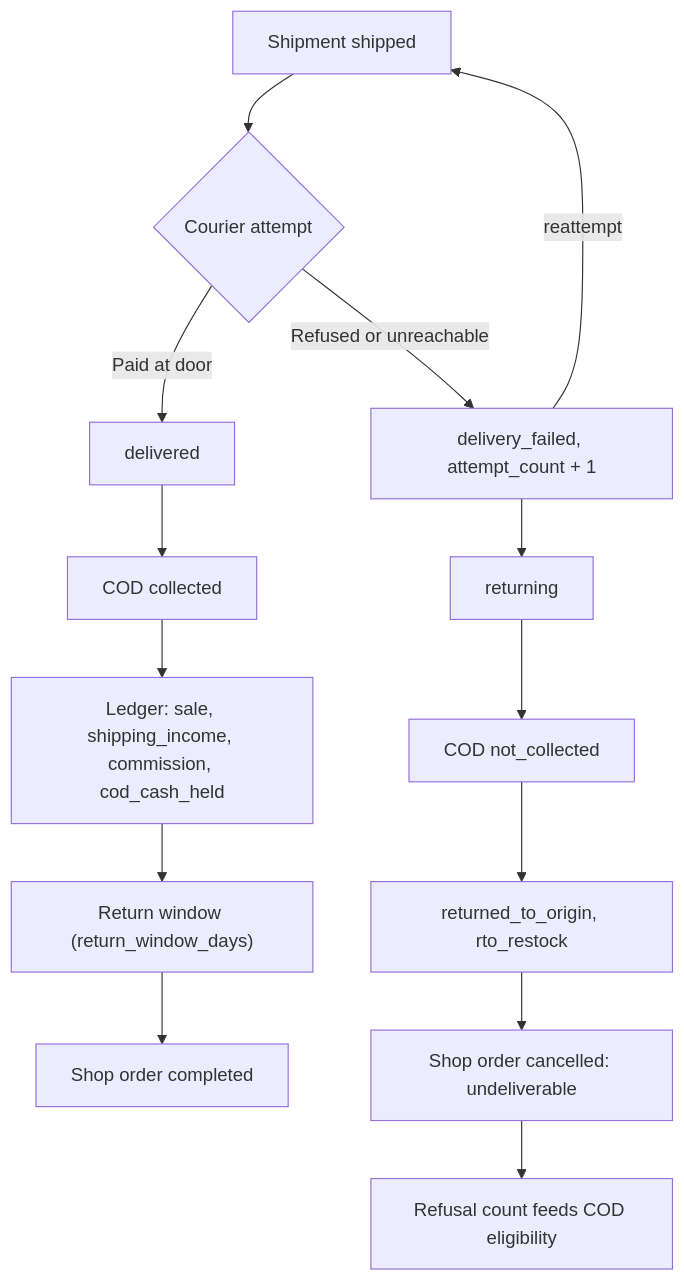
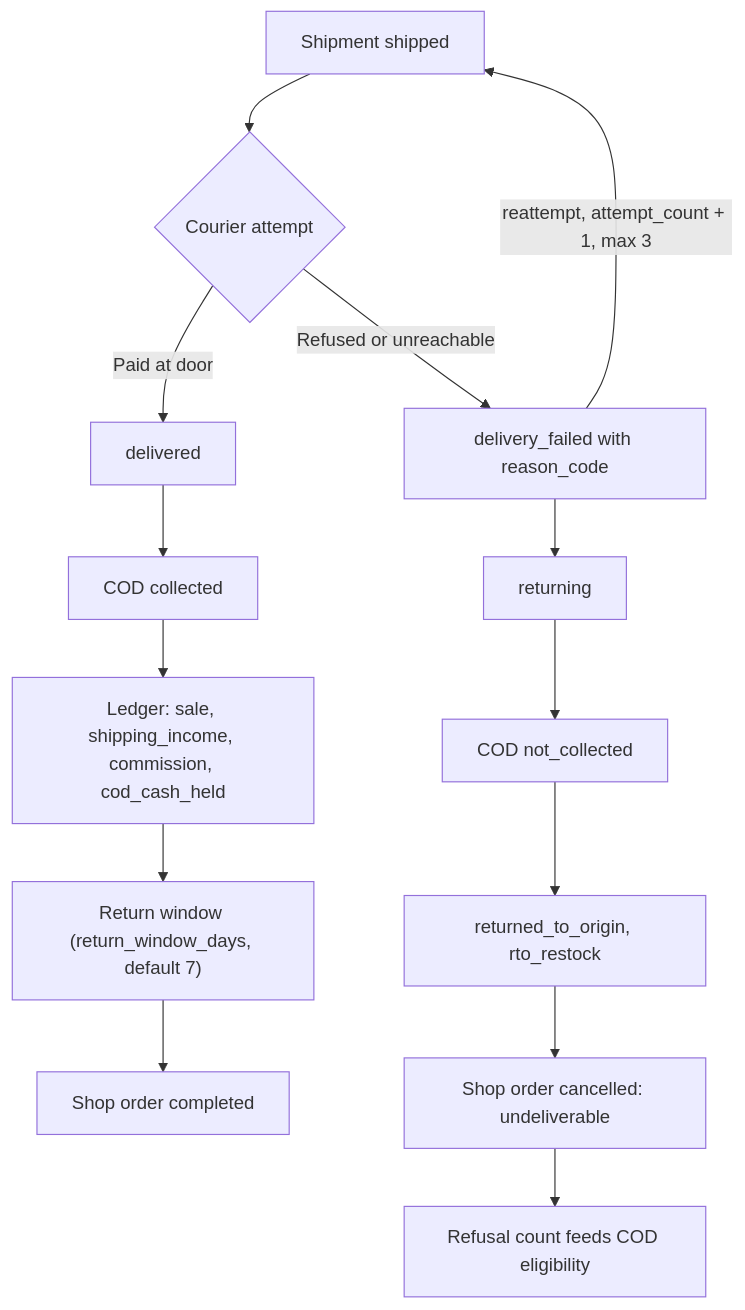
One commit to harublank0-0/drip-nepal changed the sixth of 6 diagrams in docs/02-user-journeys-and-acceptance-criteria.md. Above: the diagram before and after it, drawn with Mermaid. The commit also changed other lines of this file, not shown here.

````diff
--- a/docs/02-user-journeys-and-acceptance-criteria.md
+++ b/docs/02-user-journeys-and-acceptance-criteria.md
@@ -880,16 +909,16 @@
 ```mermaid
 flowchart TD
   S["Shipment shipped"] --> A{"Courier attempt"}
   A -->|"Paid at door"| D["delivered"]
   D --> CC["COD collected"]
   CC --> LP["Ledger: sale, shipping_income, commission, cod_cash_held"]
-  LP --> RW["Return window (return_window_days)"]
+  LP --> RW["Return window (return_window_days, default 7)"]
   RW --> CP["Shop order completed"]
-  A -->|"Refused or unreachable"| F["delivery_failed, attempt_count + 1"]
-  F -->|"reattempt"| S
+  A -->|"Refused or unreachable"| F["delivery_failed with reason_code"]
+  F -->|"reattempt, attempt_count + 1, max 3"| S
   F --> R["returning"]
   R --> NC["COD not_collected"]
   NC --> RTO["returned_to_origin, rto_restock"]
   RTO --> X["Shop order cancelled: undeliverable"]
   X --> L["Refusal count feeds COD eligibility"]
 ```
````
